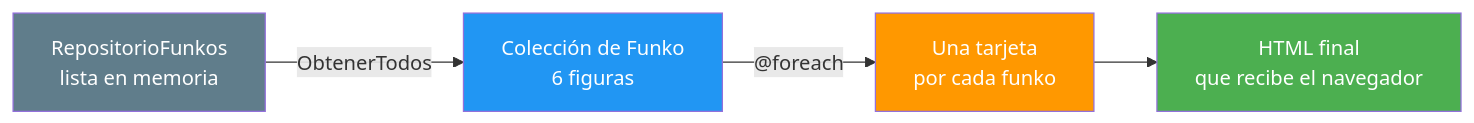
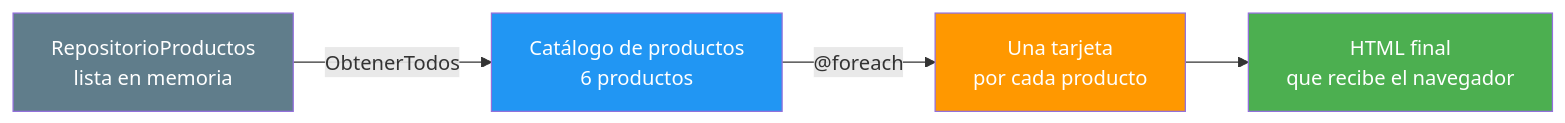
One commit to joseluisgs/DesarrolloWebEntornosServidor-03-2026-2027 changed the first of 4 diagrams in 03-estructuras-control.md. Above: the diagram before and after it, drawn with Mermaid. The commit also changed other lines of this file, not shown here.

Commit message:
fix: revisar 03 segun el esquema de UD02: Resumen sin diagrama, sin citas RA/CCEE y Reto autocontenido con Funkos

````diff
--- a/03-estructuras-control.md
+++ b/03-estructuras-control.md
@@ -111,11 +115,11 @@
 ```mermaid
 graph LR
-    A["RepositorioFunkos<br/>lista en memoria"] -->|ObtenerTodos| B["Colección de Funko<br/>6 figuras"]
-    B -->|"@foreach"| C["Una tarjeta<br/>por cada funko"]
+    A["RepositorioProductos<br/>lista en memoria"] -->|ObtenerTodos| B["Catálogo de productos<br/>6 productos"]
+    B -->|"@foreach"| C["Una tarjeta<br/>por cada producto"]
     C --> D["HTML final<br/>que recibe el navegador"]
 
     style A fill:#607D8B,color:#fff
     style B fill:#2196F3,color:#fff
     style C fill:#FF9800,color:#fff
     style D fill:#4CAF50,color:#fff
 ```
````
